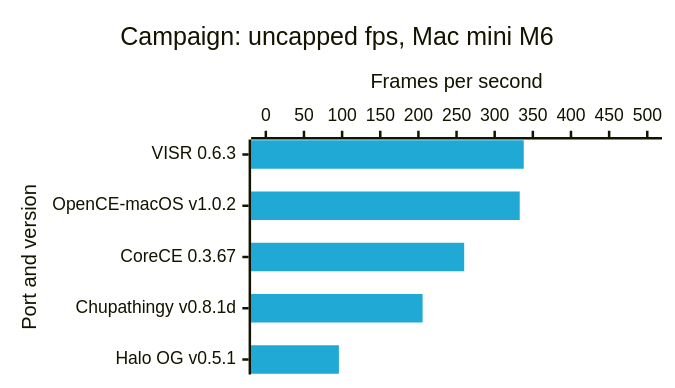
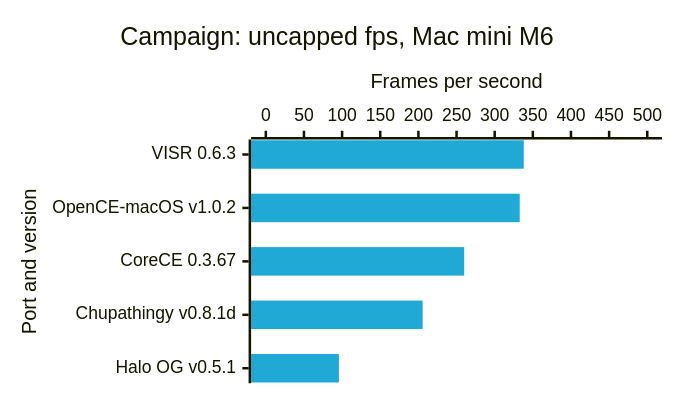
Before and after one commit to VISR-CE/visr: the second of 8 diagrams in docs/benchmarks.md, drawn with Mermaid. The commit also changed other lines of this file and 19 other files, not shown here.

````diff
--- a/docs/benchmarks.md
+++ b/docs/benchmarks.md
@@ -49,16 +49,16 @@
 ```mermaid
 ---
 config:
   xyChart:
     width: 520
-    height: 290
+    height: 297
   themeVariables:
     xyChart:
       plotColorPalette: "#1fa9d4, #ffc24d"
 ---
 xychart-beta horizontal
     title "Campaign: uncapped fps, Mac mini M6"
     x-axis "Port and version" ["VISR 0.6.3", "OpenCE-macOS v1.0.2", "CoreCE 0.3.67", "Chupathingy v0.8.1d", "Halo OG v0.5.1"]
     y-axis "Frames per second" 0 --> 500
     bar [338.1, 332.8, 260, 205.5, 95.8]
 ```
````
